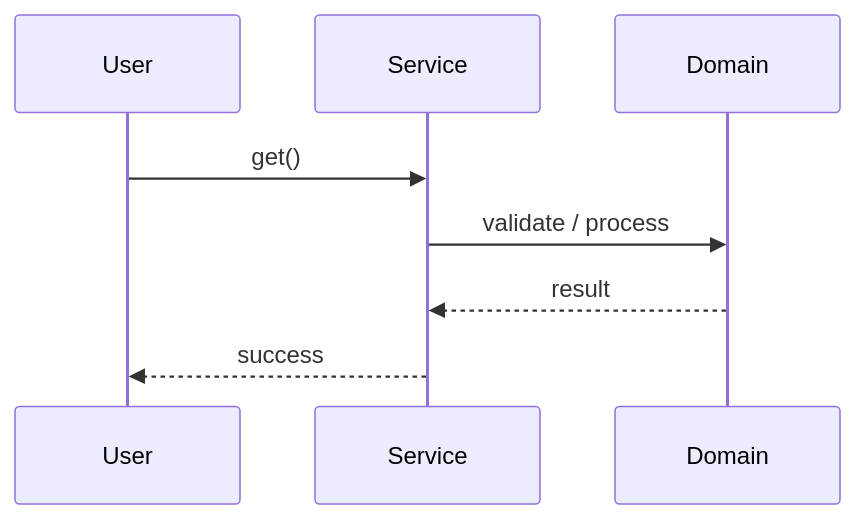
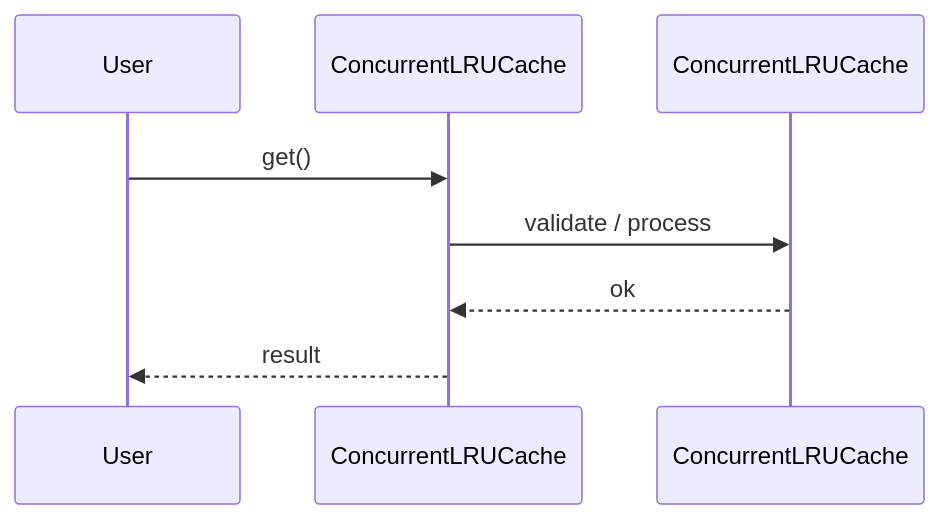
The second of 3 diagrams in Learn/System Design - Low Level Design/04-concurrency-lld/questions/Q06-concurrent-lru-cache.md (madhupaila/Interview-Prep-SSE), drawn with Mermaid before and after one commit. The commit also changed other lines of this file and 491 other files, not shown here.

````diff
--- a/Learn/System Design - Low Level Design/04-concurrency-lld/questions/Q06-concurrent-lru-cache.md
+++ b/Learn/System Design - Low Level Design/04-concurrency-lld/questions/Q06-concurrent-lru-cache.md
@@ -119,10 +145,10 @@
 ```mermaid
 sequenceDiagram
-    participant U as User
-    participant S as Service
-    participant D as Domain
-    U->>S: get()
-    S->>D: validate / process
-    D-->>S: result
-    S-->>U: success
+participant U as User
+participant S as ConcurrentLRUCache
+participant D as ConcurrentLRUCache
+U->>S: get()
+S->>D: validate / process
+D-->>S: ok
+S-->>U: result
 ```
````
